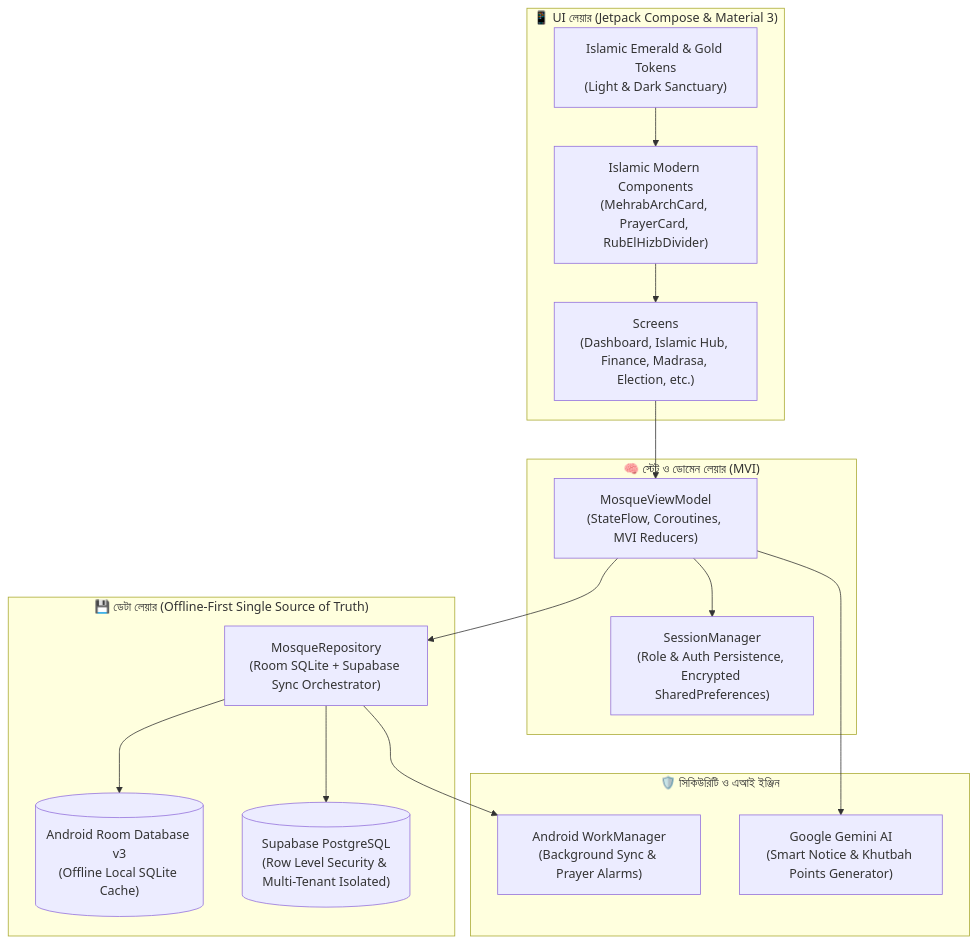
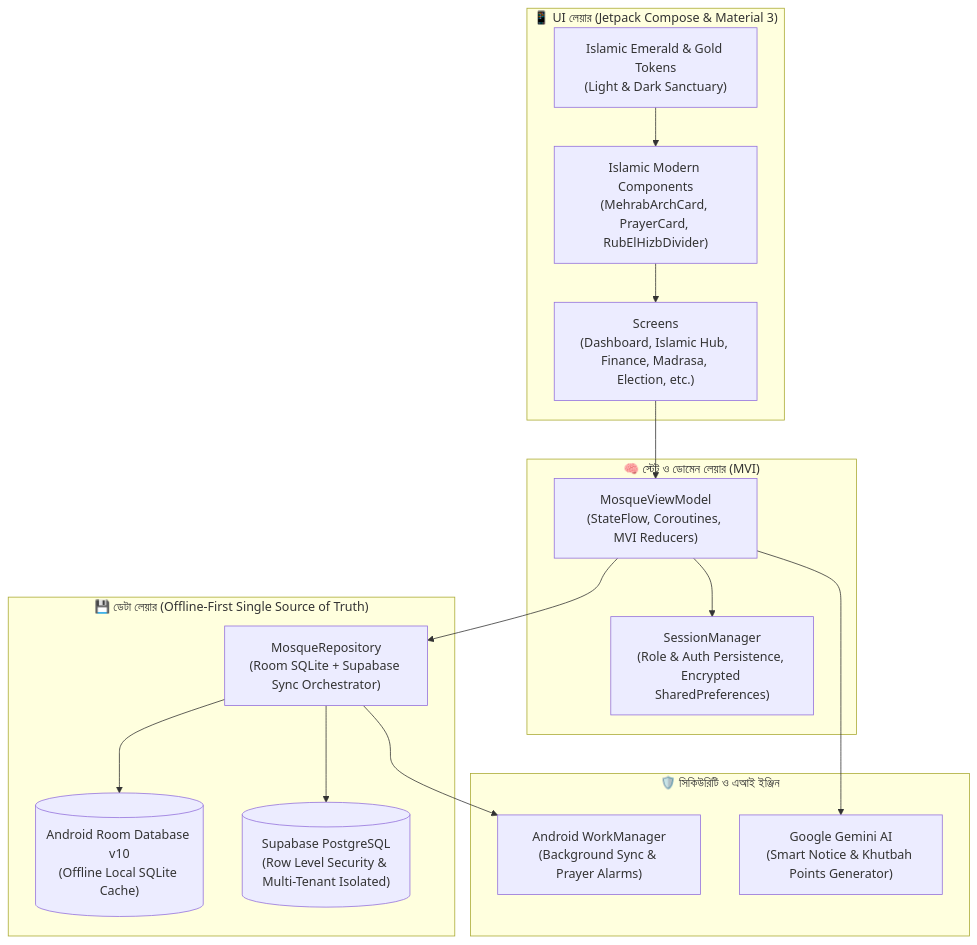
Before and after one commit to emranmofficials/Mosque-Seba: the diagram in README.md, drawn with Mermaid. The commit also changed other lines of this file and 9 other files, not shown here.

Commit message:
docs: synchronize all requirements and architectural specifications with v1.1.1 production release

````diff
--- a/README.md
+++ b/README.md
@@ -143,34 +149,34 @@
 ```mermaid
 flowchart TD
     subgraph UI_Layer ["📱 UI লেয়ার (Jetpack Compose & Material 3)"]
         Screens["Screens\n(Dashboard, Islamic Hub, Finance, Madrasa, Election, etc.)"]
         Components["Islamic Modern Components\n(MehrabArchCard, PrayerCard, RubElHizbDivider)"]
         Theme["Islamic Emerald & Gold Tokens\n(Light & Dark Sanctuary)"]
     end
 
     subgraph Domain_Layer ["🧠 স্টেট ও ডোমেন লেয়ার (MVI)"]
         ViewModel["MosqueViewModel\n(StateFlow, Coroutines, MVI Reducers)"]
         Session["SessionManager\n(Role & Auth Persistence, Encrypted SharedPreferences)"]
     end
 
     subgraph Data_Layer ["💾 ডেটা লেয়ার (Offline-First Single Source of Truth)"]
         Repository["MosqueRepository\n(Room SQLite + Supabase Sync Orchestrator)"]
-        RoomDB[("Android Room Database v3\n(Offline Local SQLite Cache)")]
+        RoomDB[("Android Room Database v10\n(Offline Local SQLite Cache)")]
         Supabase[("Supabase PostgreSQL\n(Row Level Security & Multi-Tenant Isolated)")]
     end
 
     subgraph Security_AI ["🛡️ সিকিউরিটি ও এআই ইঞ্জিন"]
         Gemini["Google Gemini AI\n(Smart Notice & Khutbah Points Generator)"]
         WorkManager["Android WorkManager\n(Background Sync & Prayer Alarms)"]
     end
 
     Screens --> ViewModel
     Components --> Screens
     Theme --> Components
     ViewModel --> Repository
     ViewModel --> Session
     Repository --> RoomDB
     Repository --> Supabase
     ViewModel --> Gemini
     Repository --> WorkManager
 ```
````
